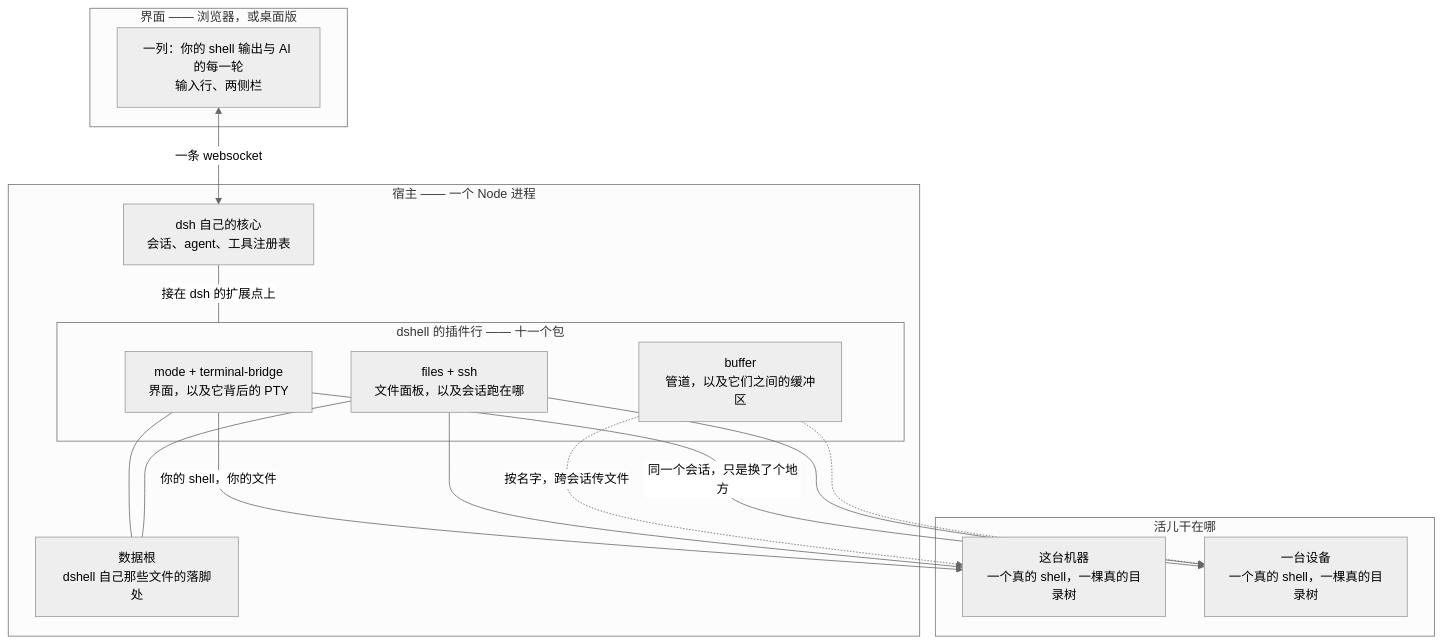
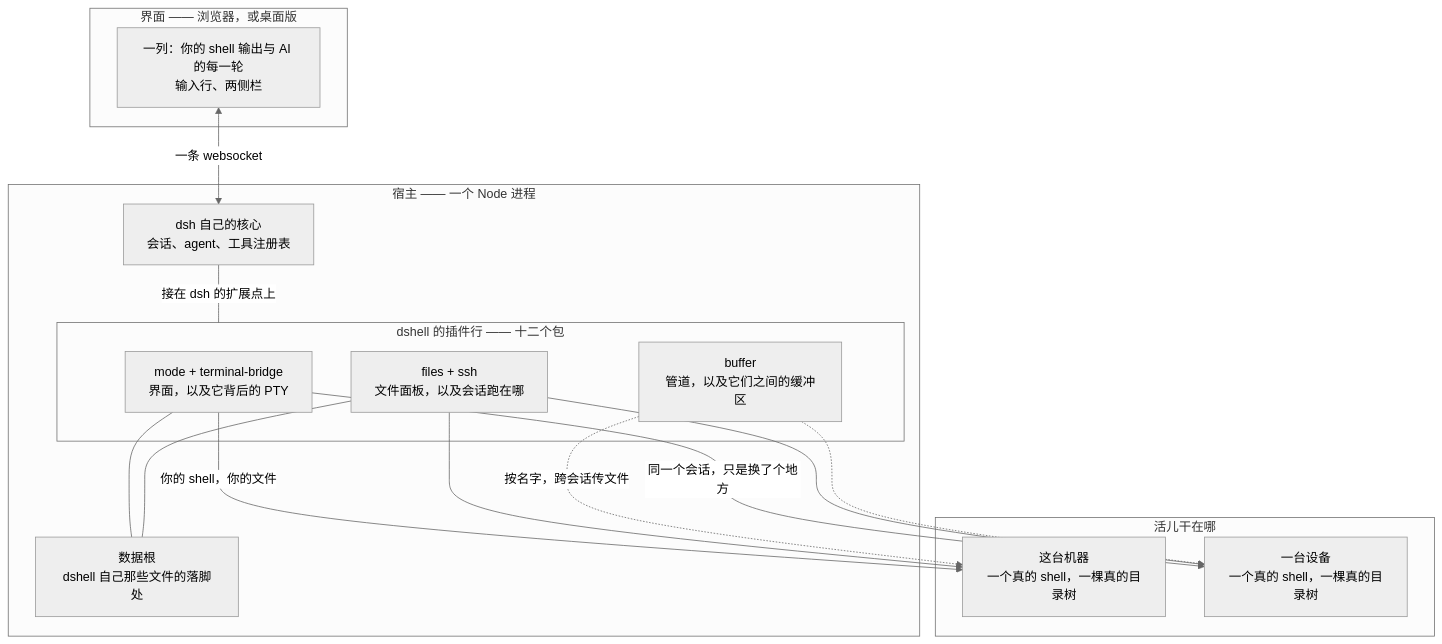
Before and after one commit to Nexus-Aethra/Nexus-Terminal: the first of 10 diagrams in README.zh-CN.md, drawn with Mermaid (neutral theme). The commit also changed other lines of this file and 56 other files, not shown here.

````diff
--- a/README.zh-CN.md
+++ b/README.zh-CN.md
@@ -46,29 +46,29 @@
 ```mermaid
 flowchart TB
   subgraph WIN["界面 —— 浏览器，或桌面版"]
     UI["一列：你的 shell 输出与 AI 的每一轮<br/>输入行、两侧栏"]
   end
   subgraph HOST["宿主 —— 一个 Node 进程"]
     CORE["dsh 自己的核心<br/>会话、agent、工具注册表"]
-    subgraph ROWS["dshell 的插件行 —— 十一个包"]
+    subgraph ROWS["dshell 的插件行 —— 十二个包"]
       VIEW["mode + terminal-bridge<br/>界面，以及它背后的 PTY"]
       PANE["files + ssh<br/>文件面板，以及会话跑在哪"]
       LINK["buffer<br/>管道，以及它们之间的缓冲区"]
     end
     ROOT["数据根<br/>dshell 自己那些文件的落脚处"]
   end
   subgraph WORLD["活儿干在哪"]
     HERE["这台机器<br/>一个真的 shell，一棵真的目录树"]
     THERE["一台设备<br/>一个真的 shell，一棵真的目录树"]
   end
   UI <-->|"一条 websocket"| CORE
   CORE ---|"接在 dsh 的扩展点上"| ROWS
   VIEW -->|"你的 shell，你的文件"| HERE
   VIEW -->|"同一个会话，只是换了个地方"| THERE
   PANE --> HERE
   PANE --> THERE
   LINK -.->|"按名字，跨会话传文件"| HERE
   LINK -.-> THERE
   VIEW --- ROOT
   PANE --- ROOT
 ```
````
